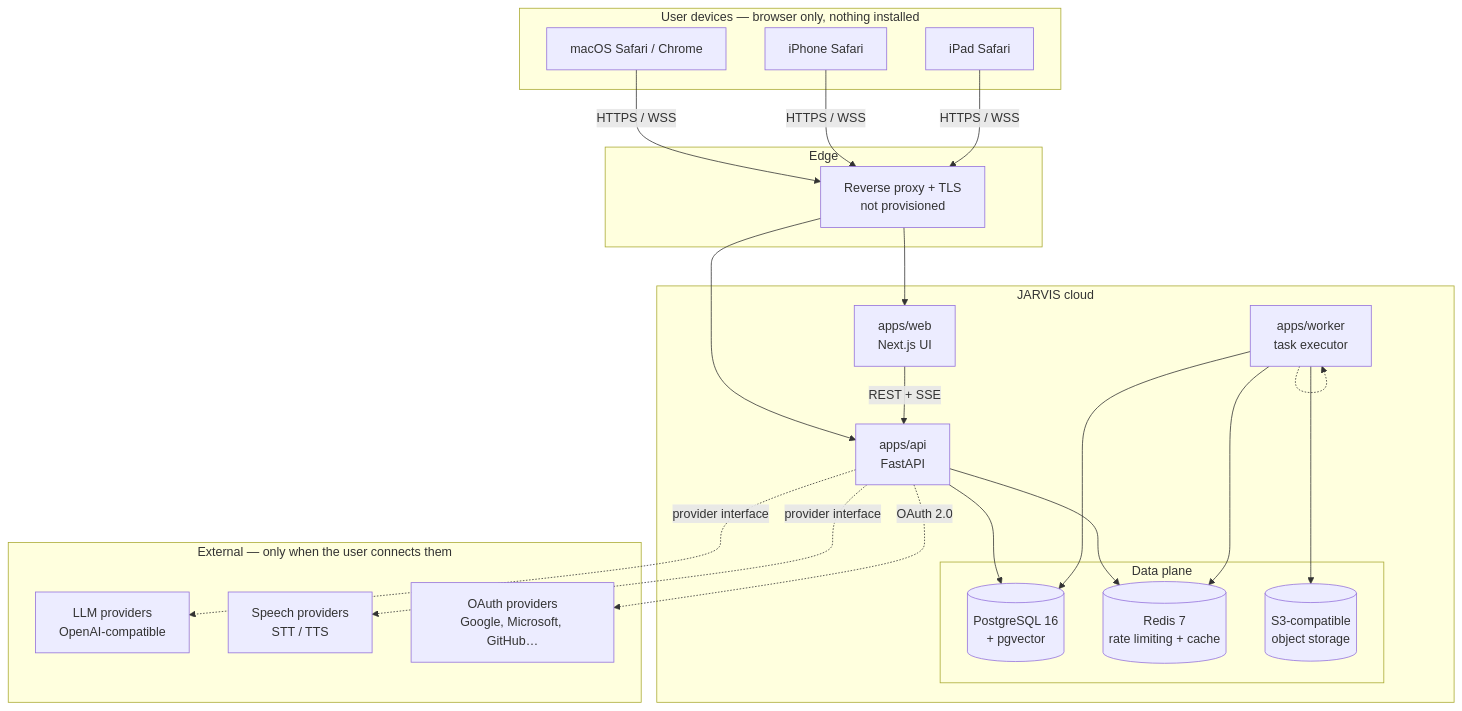
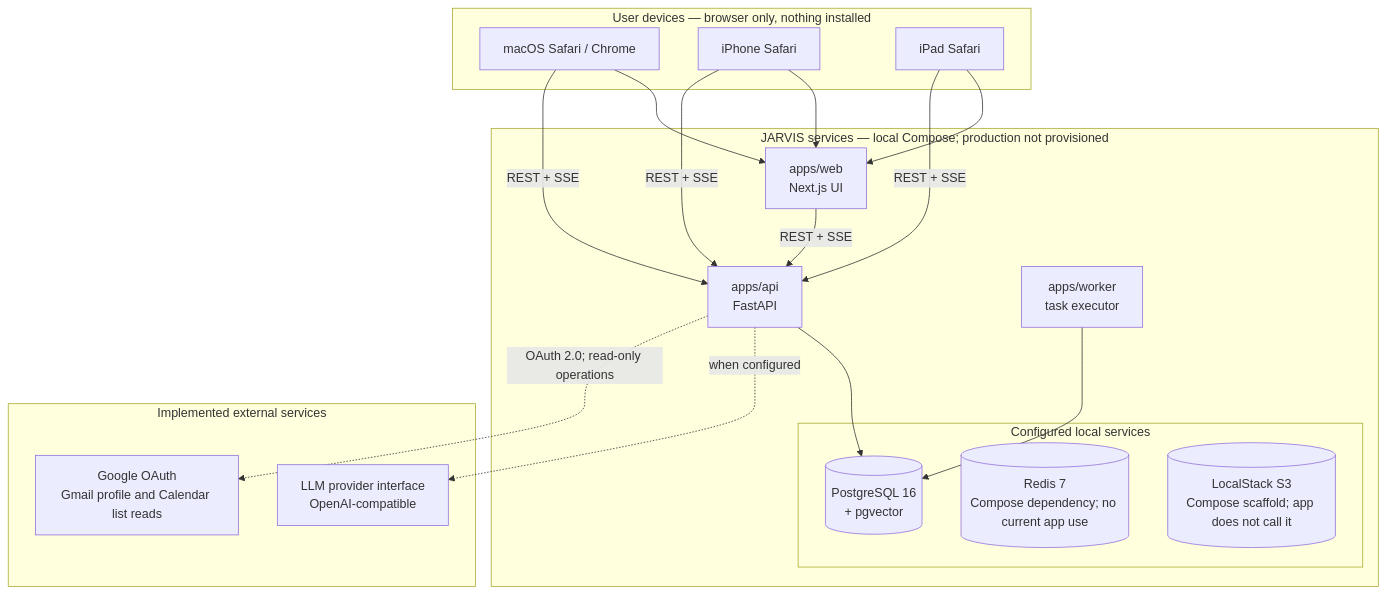
The first of 5 diagrams in docs/architecture/ARCHITECTURE.md (Abhishekpan731/Jarvis), drawn with Mermaid before and after one commit. The commit also changed other lines of this file and 13 other files, not shown here.

````diff
--- a/docs/architecture/ARCHITECTURE.md
+++ b/docs/architecture/ARCHITECTURE.md
@@ -38,39 +41,32 @@
 ```mermaid
 flowchart TB
     subgraph devices ["User devices — browser only, nothing installed"]
         mac["macOS Safari / Chrome"]
         iphone["iPhone Safari"]
         ipad["iPad Safari"]
     end
 
-    subgraph edge ["Edge"]
-        proxy["Reverse proxy + TLS<br/>not provisioned"]
-    end
-
-    subgraph app ["JARVIS cloud"]
+    subgraph app ["JARVIS services — local Compose; production not provisioned"]
         web["apps/web<br/>Next.js UI"]
         api["apps/api<br/>FastAPI"]
         worker["apps/worker<br/>task executor"]
-        subgraph data ["Data plane"]
+        subgraph data ["Configured local services"]
             pg[("PostgreSQL 16<br/>+ pgvector")]
-            redis[("Redis 7<br/>rate limiting + cache")]
-            s3[("S3-compatible<br/>object storage")]
+            redis[("Redis 7<br/>Compose dependency; no current app use")]
+            localstack[("LocalStack S3<br/>Compose scaffold; app does not call it")]
         end
     end
 
-    subgraph external ["External — only when the user connects them"]
-        llm["LLM providers<br/>OpenAI-compatible"]
-        speech["Speech providers<br/>STT / TTS"]
-        oauth["OAuth providers<br/>Google, Microsoft, GitHub…"]
+    subgraph external ["Implemented external services"]
+        llm["LLM provider interface<br/>OpenAI-compatible"]
+        google["Google OAuth<br/>Gmail profile and Calendar list reads"]
     end
 
-    mac & iphone & ipad -->|HTTPS / WSS| proxy
-    proxy --> web
-    proxy --> api
+    mac & iphone & ipad --> web
+    mac & iphone & ipad -->|REST + SSE| api
     web -->|REST + SSE| api
-    api --> pg & redis
-    worker --> pg & redis & s3
-    api -.->|provider interface| llm & speech
-    api -.->|OAuth 2.0| oauth
-    worker -.-> worker
+    api --> pg
+    worker --> pg
+    api -.->|when configured| llm
+    api -.->|OAuth 2.0; read-only operations| google
 ```
````
